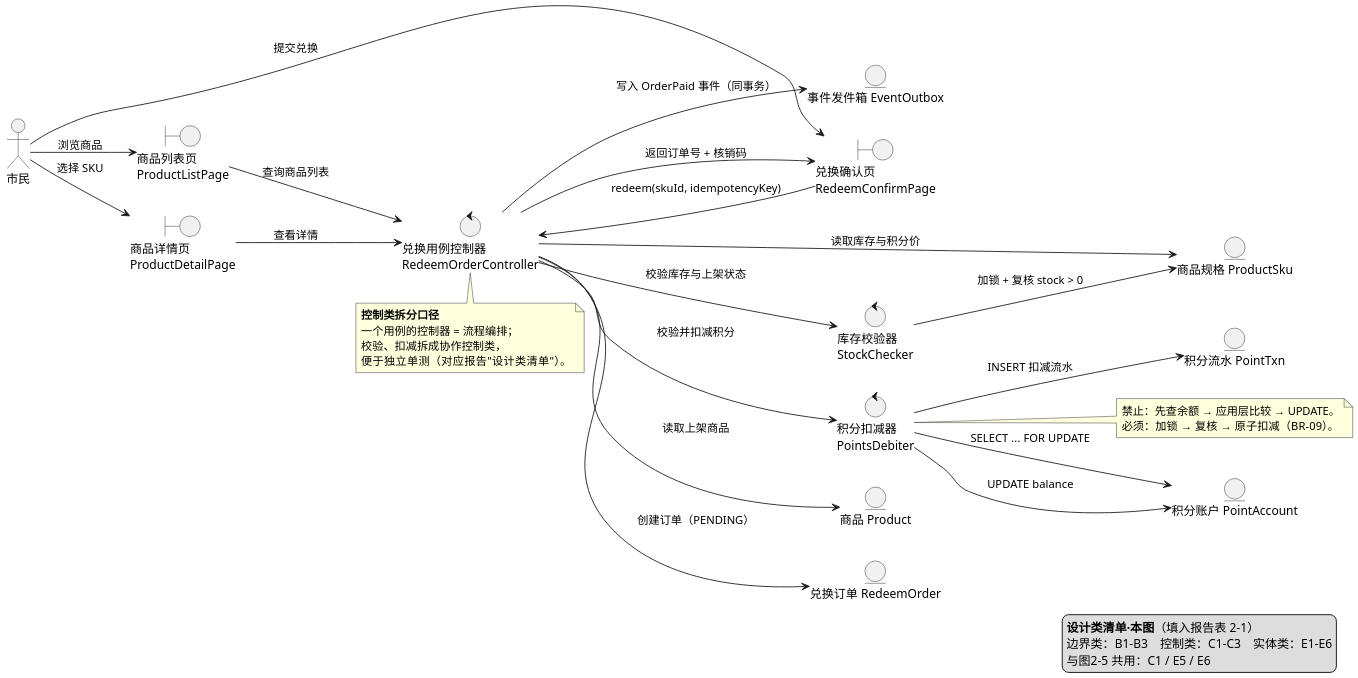
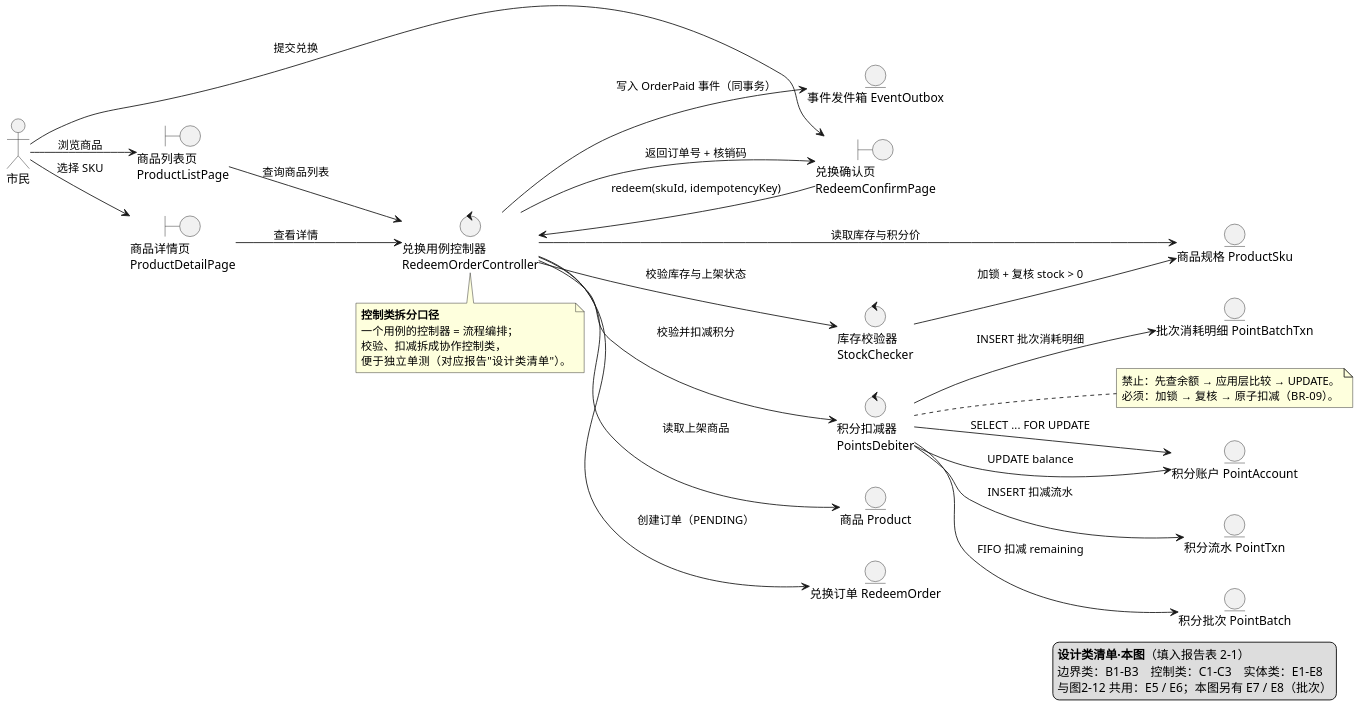
One commit to chiyan11/green-travel-points changed the diagram in docs/uml/07-鲁棒图-兑换商品.puml. Above: the diagram before and after it, drawn with PlantUML. The commit also changed 61 other files, not shown here.

First line of the commit message:
docs(report): 报告 v1.1 与 24 图 UML 同步

```diff
--- a/docs/uml/07-鲁棒图-兑换商品.puml
+++ b/docs/uml/07-鲁棒图-兑换商品.puml
@@ -1,75 +1,79 @@
-@startuml 图2-4 鲁棒图：兑换商品（UC-08 用例实现 · 参与者：市民）
+@startuml 图2-9 鲁棒图：兑换商品（UC-08 用例实现 · 参与者：市民）
 ' 依据：设计说明书 2.2.1（用例实现 · 设计模型）
 ' 拆分口径：一个参与者一张鲁棒图。本图只画市民（UC-08 兑换商品）；
 '           运营管理员侧（UC-12 处理兑换订单）见图2-5。
 ' 鲁棒图约定（UML 非标准图，需在报告中说明）：
 '   边界类 boundary —— 只与 actor 或控制类相连
 '   控制类 control  —— 居中，承载用例流程
 '   实体类 entity   —— 只与控制类相连（禁止 actor 直连实体）
 
 skinparam defaultFontName "Microsoft YaHei"
 skinparam dpi 150
 skinparam shadowing false
 left to right direction
 skinparam rectangle {
   BackgroundColor #FFFFFF
   BorderColor #2E5C8A
 }
 
 actor "市民" as U
 
 boundary "商品列表页\nProductListPage" as B1
 boundary "商品详情页\nProductDetailPage" as B2
 boundary "兑换确认页\nRedeemConfirmPage" as B3
 
 control "兑换用例控制器\nRedeemOrderController" as C1
 control "库存校验器\nStockChecker" as C2
 control "积分扣减器\nPointsDebiter" as C3
 
 entity "商品 Product" as E1
 entity "商品规格 ProductSku" as E2
 entity "积分账户 PointAccount" as E3
 entity "积分流水 PointTxn" as E4
 entity "兑换订单 RedeemOrder" as E5
 entity "事件发件箱 EventOutbox" as E6
+entity "积分批次 PointBatch" as E7
+entity "批次消耗明细 PointBatchTxn" as E8
 
 ' ---------- UC-08 主成功场景：浏览 → 选规格 → 提交兑换 ----------
 U --> B1 : 浏览商品
 B1 --> C1 : 查询商品列表
 C1 --> E1 : 读取上架商品
 C1 --> E2 : 读取库存与积分价
 
 U --> B2 : 选择 SKU
 B2 --> C1 : 查看详情
 
 U --> B3 : 提交兑换
 B3 --> C1 : redeem(skuId, idempotencyKey)
 C1 --> C2 : 校验库存与上架状态
 C2 --> E2 : 加锁 + 复核 stock > 0
 C1 --> C3 : 校验并扣减积分
 C3 --> E3 : SELECT ... FOR UPDATE
 C3 --> E4 : INSERT 扣减流水
 C3 --> E3 : UPDATE balance
+C3 --> E7 : FIFO 扣减 remaining
+C3 --> E8 : INSERT 批次消耗明细
 C1 --> E5 : 创建订单（PENDING）
 C1 --> E6 : 写入 OrderPaid 事件（同事务）
 C1 --> B3 : 返回订单号 + 核销码
 
 note bottom of C1
   **控制类拆分口径**
   一个用例的控制器 = 流程编排；
   校验、扣减拆成协作控制类，
   便于独立单测（对应报告"设计类清单"）。
 end note
 
 note right of C3
   禁止：先查余额 → 应用层比较 → UPDATE。
   必须：加锁 → 复核 → 原子扣减（BR-09）。
 end note
 
 legend right
   **设计类清单·本图**（填入报告表 2-1）
-  边界类：B1–B3　控制类：C1–C3　实体类：E1–E6
-  与图2-5 共用：C1 / E5 / E6
+  边界类：B1–B3　控制类：C1–C3　实体类：E1–E8
+  与图2-12 共用：E5 / E6；本图另有 E7 / E8（批次）
 endlegend
 
 @enduml
```
